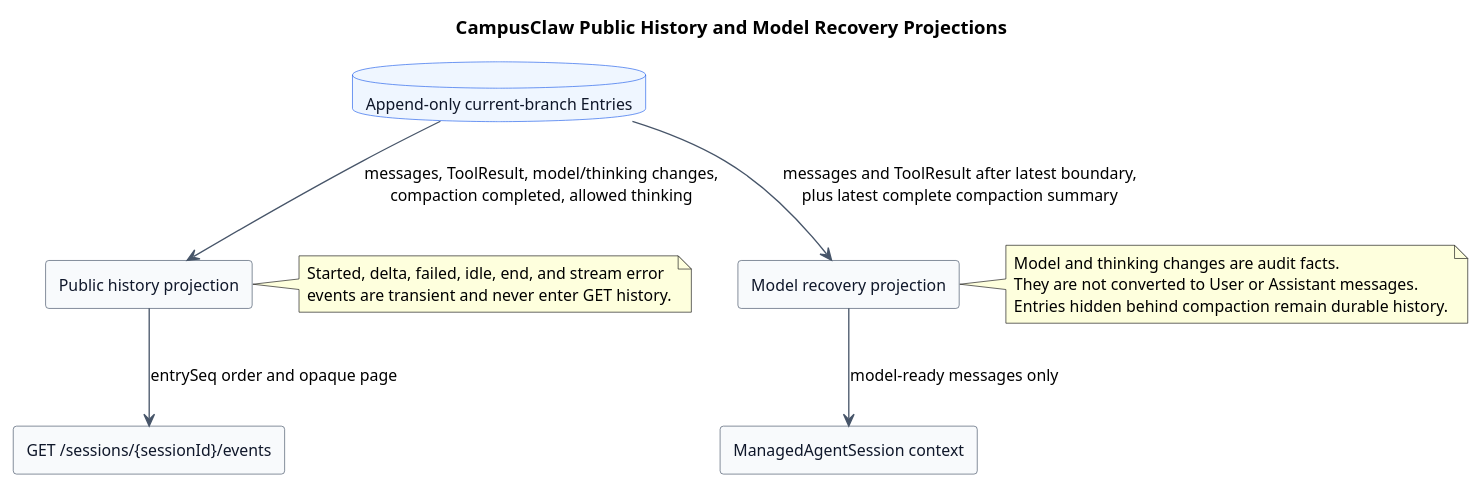
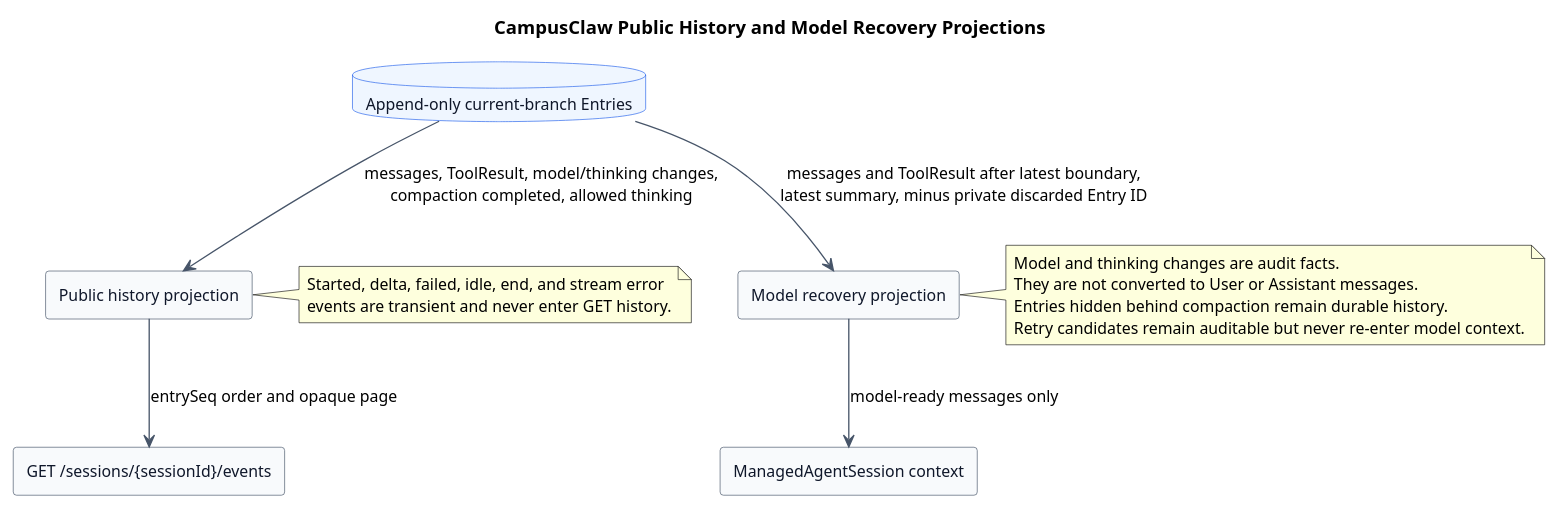
The second of 2 diagrams in pi-mono-java-manager-driven-multi-agent-runtime/diagrams/session-events/diagram.puml (ssm0808/pi-mono-java-design), drawn with PlantUML before and after one commit. The commit also changed other lines of this file and 13 other files, not shown here.

```diff
--- a/pi-mono-java-manager-driven-multi-agent-runtime/diagrams/session-events/diagram.puml
+++ b/pi-mono-java-manager-driven-multi-agent-runtime/diagrams/session-events/diagram.puml
@@ -135,52 +139,54 @@
 @startuml http_session_event_list
 title CampusClaw Public History and Model Recovery Projections
 
 ' Source evidence (pi-mono 5cd93f688aaab89dbb6dfa4aca535f21796ae185):
 ' packages/coding-agent/src/core/session-manager.ts, SessionEntry and getBranch.
 ' packages/coding-agent/src/core/agent-session.ts, model, thinking, and compaction entries.
-' Source evidence (pi-mono-java PR 167 f60cc3e78bb8b700527ac082c7c8e10524ede095):
+' Pre-change source baseline (pi-mono-java PR 167 f60cc3e78bb8b700527ac082c7c8e10524ede095):
 ' modules/coding-agent-cli/src/main/java/com/campusclaw/codingagent/runtimeapi/event/RuntimeEventQueryService.java.
+' Implemented source baseline (pi-mono-java bd26e7f81bac8f68be0c3523efe23b51f96c52e4):
 ' modules/coding-agent-cli/src/main/java/com/campusclaw/codingagent/runtimeapi/event/RuntimeEntryCodec.java.
-' Observed behavior: PR 167 reads one durable branch for public history and execution restoration.
+' Observed pre-change behavior: PR 167 reads one durable branch for public history and recovery.
 ' Architecture change: the same entries feed two explicit projections with different consumers.
 ' Design reason: audit events belong in public history but must not become synthetic model messages.
 
 skinparam backgroundColor #FFFFFF
 skinparam shadowing false
 skinparam defaultFontName Arial
 skinparam defaultFontSize 12
 skinparam rectangle {
   BackgroundColor #F8FAFC
   BorderColor #475569
   FontColor #0F172A
 }
 skinparam database {
   BackgroundColor #EFF6FF
   BorderColor #2563EB
   FontColor #0F172A
 }
 skinparam ArrowColor #475569
 
 database "Append-only current-branch Entries" as Entries
 rectangle "Public history projection" as Public
 rectangle "GET /sessions/{sessionId}/events" as GetEvents
 rectangle "Model recovery projection" as Recovery
 rectangle "ManagedAgentSession context" as Context
 
 Entries --> Public : messages, ToolResult, model/thinking changes,\ncompaction completed, allowed thinking
 Public --> GetEvents : entrySeq order and opaque page
 
-Entries --> Recovery : messages and ToolResult after latest boundary,\nplus latest complete compaction summary
+Entries --> Recovery : messages and ToolResult after latest boundary,\nlatest summary, minus private discarded Entry ID
 Recovery --> Context : model-ready messages only
 
 note right of Public
 Started, delta, failed, idle, end, and stream error
 events are transient and never enter GET history.
 end note
 
 note right of Recovery
 Model and thinking changes are audit facts.
 They are not converted to User or Assistant messages.
 Entries hidden behind compaction remain durable history.
+Retry candidates remain auditable but never re-enter model context.
 end note
 @enduml
```
